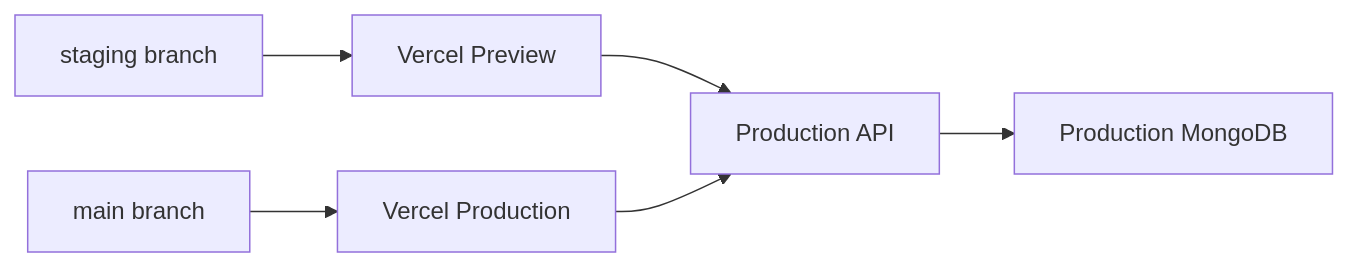
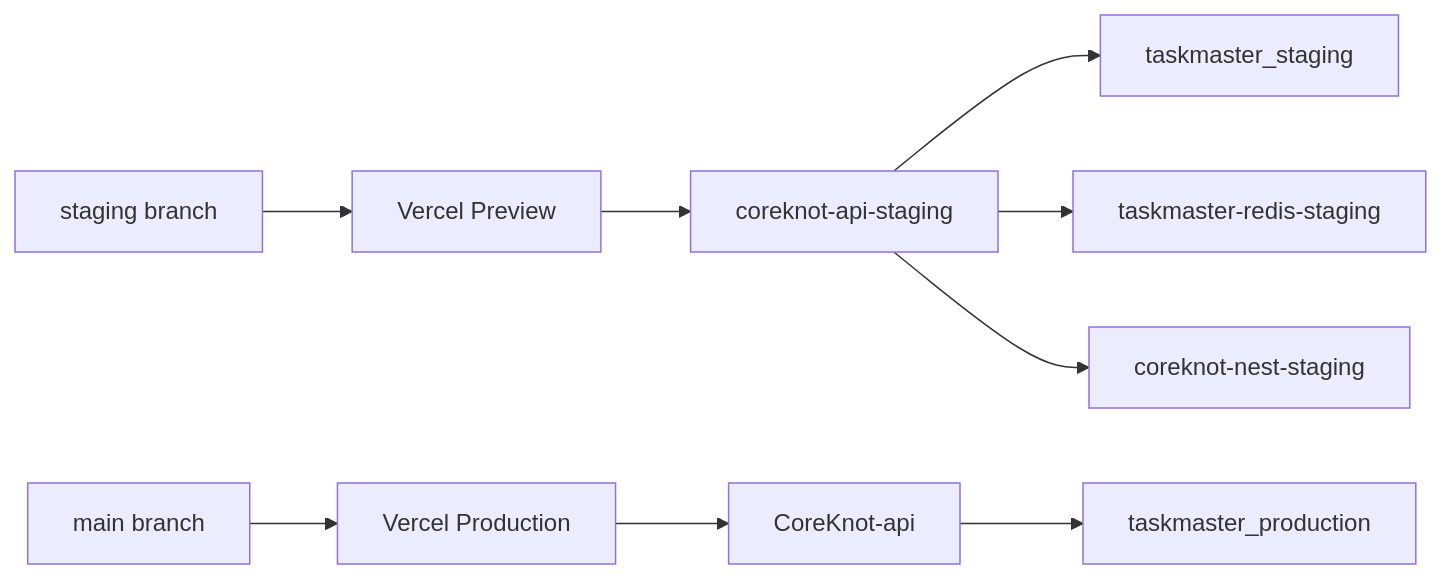
One commit to RaghavSobti37/Taskmaster changed the diagram in docs/operations/STAGING_SETUP.md. Above: the diagram before and after it, drawn with Mermaid. The commit also changed other lines of this file and 16 other files, not shown here.

````diff
--- a/docs/operations/STAGING_SETUP.md
+++ b/docs/operations/STAGING_SETUP.md
@@ -25,8 +61,11 @@
 ```mermaid
 flowchart LR
   StagingBranch[staging branch] --> VercelPreview[Vercel Preview]
-  VercelPreview --> ProdAPI[Production API]
-  ProdAPI --> ProdDB[Production MongoDB]
+  VercelPreview --> StgAPI[coreknot-api-staging]
+  StgAPI --> StgDB[taskmaster_staging]
+  StgAPI --> StgRedis[taskmaster-redis-staging]
+  StgAPI --> NestStg[coreknot-nest-staging]
   MainBranch[main branch] --> VercelProd[Vercel Production]
-  VercelProd --> ProdAPI
+  VercelProd --> ProdAPI[CoreKnot-api]
+  ProdAPI --> ProdDB[taskmaster_production]
 ```
````
